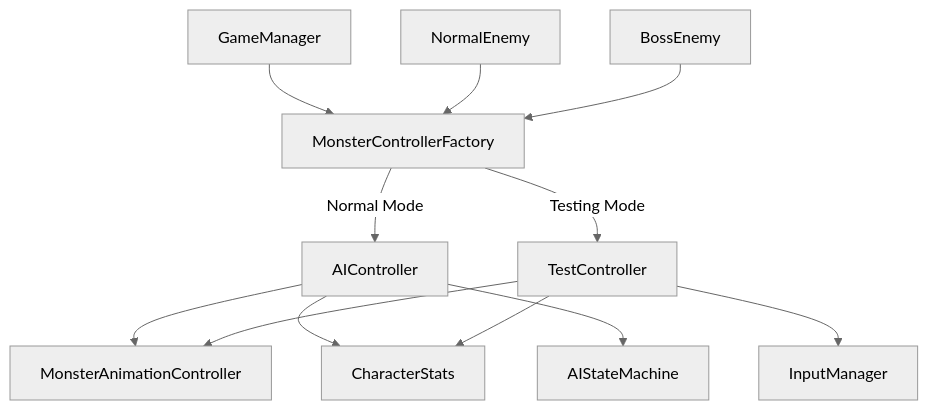
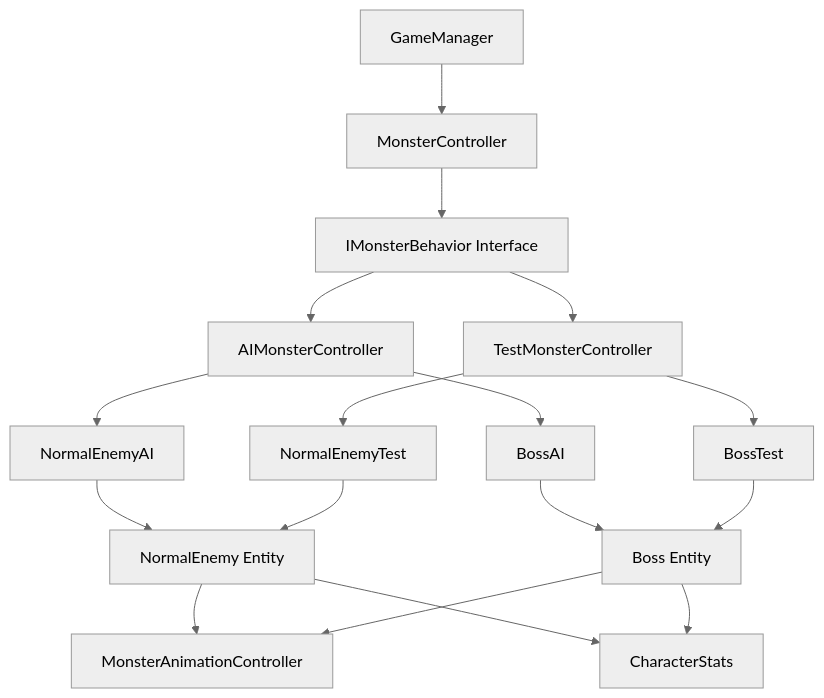
Before and after one commit to wudi1994114/Whisper-of-the-Runes: the diagram in .kiro/specs/monster-mode-separation/design.md, drawn with Mermaid (neutral theme). The commit also changed other lines of this file and 1 other file, not shown here.

````diff
--- a/.kiro/specs/monster-mode-separation/design.md
+++ b/.kiro/specs/monster-mode-separation/design.md
@@ -19,18 +18,24 @@
 ```mermaid
 graph TB
-    GM[GameManager] --> MCF[MonsterControllerFactory]
-    MCF --> |Normal Mode| AIC[AIController]
-    MCF --> |Testing Mode| TC[TestController]
+    GM[GameManager] --> MC[MonsterController]
+    MC --> IMonsterBehavior[IMonsterBehavior Interface]
     
-    AIC --> MAC[MonsterAnimationController]
-    TC --> MAC
+    IMonsterBehavior --> AIController[AIMonsterController]
+    IMonsterBehavior --> TestController[TestMonsterController]
     
-    AIC --> CS[CharacterStats]
-    TC --> CS
+    AIController --> NormalEnemyAI[NormalEnemyAI]
+    AIController --> BossAI[BossAI]
     
-    NE[NormalEnemy] --> MCF
-    BE[BossEnemy] --> MCF
+    TestController --> NormalEnemyTest[NormalEnemyTest]
+    TestController --> BossTest[BossTest]
     
-    AIC --> ASM[AIStateMachine]
-    TC --> IM[InputManager]
+    NormalEnemyAI --> NormalEnemy[NormalEnemy Entity]
+    BossAI --> Boss[Boss Entity]
+    NormalEnemyTest --> NormalEnemy
+    BossTest --> Boss
+    
+    NormalEnemy --> MAC[MonsterAnimationController]
+    Boss --> MAC
+    NormalEnemy --> CS[CharacterStats]
+    Boss --> CS
 ```
````
